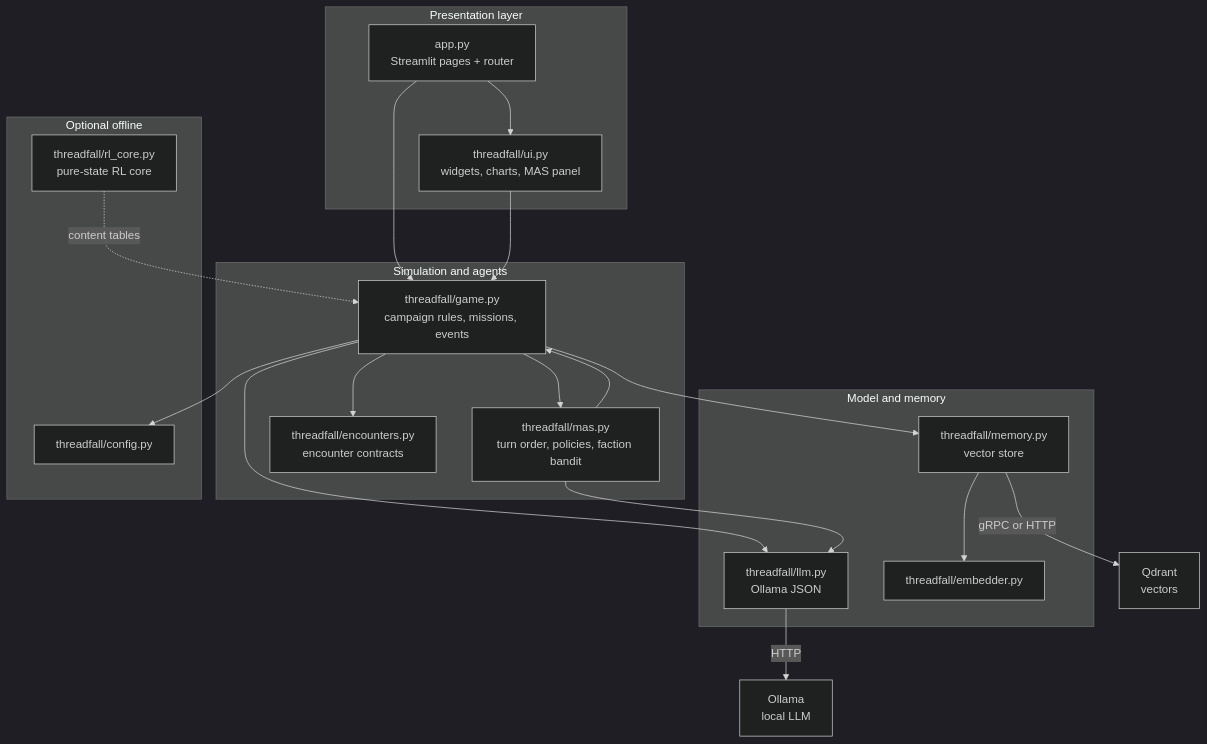
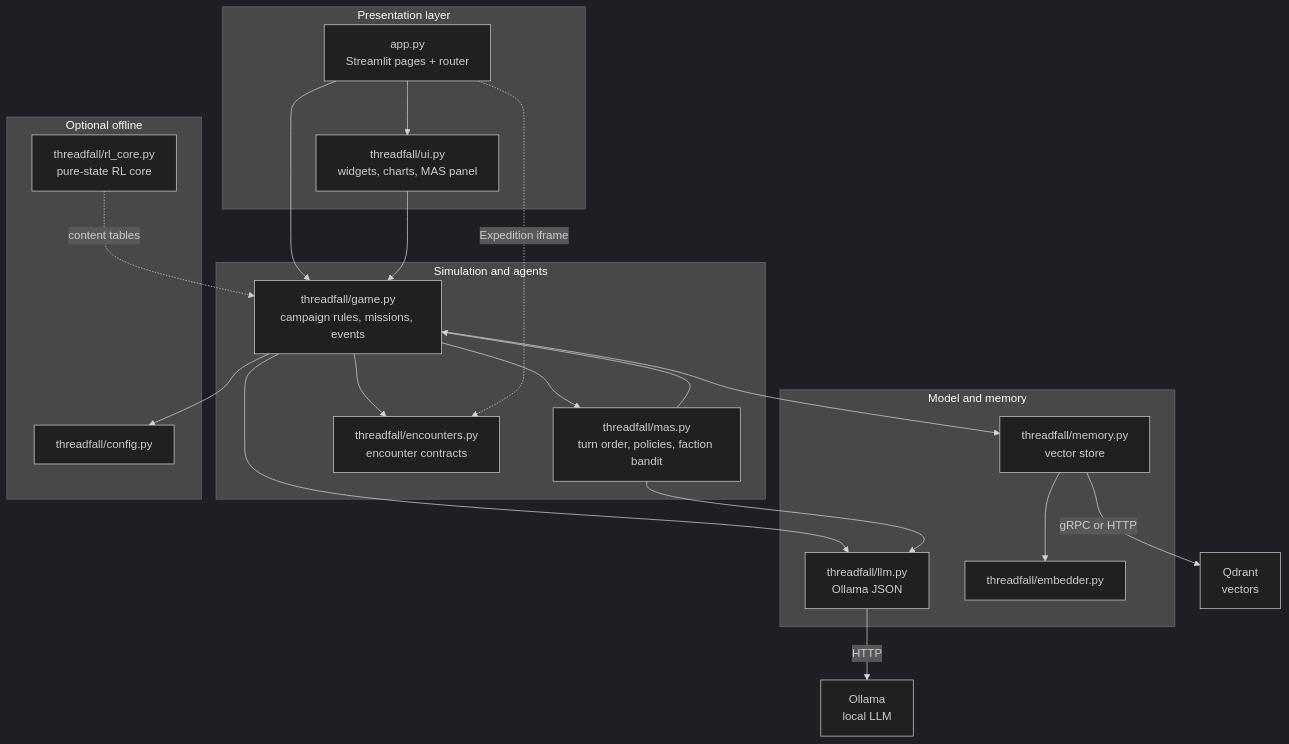
One commit to NeuroGamingLab/Neuro-Threadfall-MAS changed the first of 6 diagrams in README.md. Above: the diagram before and after it, drawn with Mermaid. The commit also changed other lines of this file, not shown here.

````diff
--- a/README.md
+++ b/README.md
@@ -37,40 +45,41 @@
 ```mermaid
 %%{init: {'theme':'dark'}}%%
 flowchart TB
   subgraph UILayer["Presentation layer"]
     APP["app.py\nStreamlit pages + router"]
     UIMod["threadfall/ui.py\nwidgets, charts, MAS panel"]
   end
 
   subgraph Core["Simulation and agents"]
     GAME["threadfall/game.py\ncampaign rules, missions, events"]
     MAS["threadfall/mas.py\nturn order, policies, faction bandit"]
     ENC["threadfall/encounters.py\nencounter contracts"]
   end
 
   subgraph AI["Model and memory"]
     LLM["threadfall/llm.py\nOllama JSON"]
     MEM["threadfall/memory.py\nvector store"]
     EMB["threadfall/embedder.py"]
   end
 
   subgraph Opt["Optional offline"]
     RL["threadfall/rl_core.py\npure-state RL core"]
     CFG["threadfall/config.py"]
   end
 
   APP --> UIMod
   APP --> GAME
   UIMod --> GAME
   GAME --> MAS
   GAME --> LLM
   GAME --> MEM
   GAME --> ENC
+  APP -.->|Expedition iframe| ENC
   MAS --> LLM
   MAS --> GAME
   MEM --> EMB
   GAME --> CFG
   RL -.->|content tables| GAME
   LLM -->|HTTP| OLLAMA["Ollama\nlocal LLM"]
   MEM -->|gRPC or HTTP| QDRANT["Qdrant\nvectors"]
 ```
````
